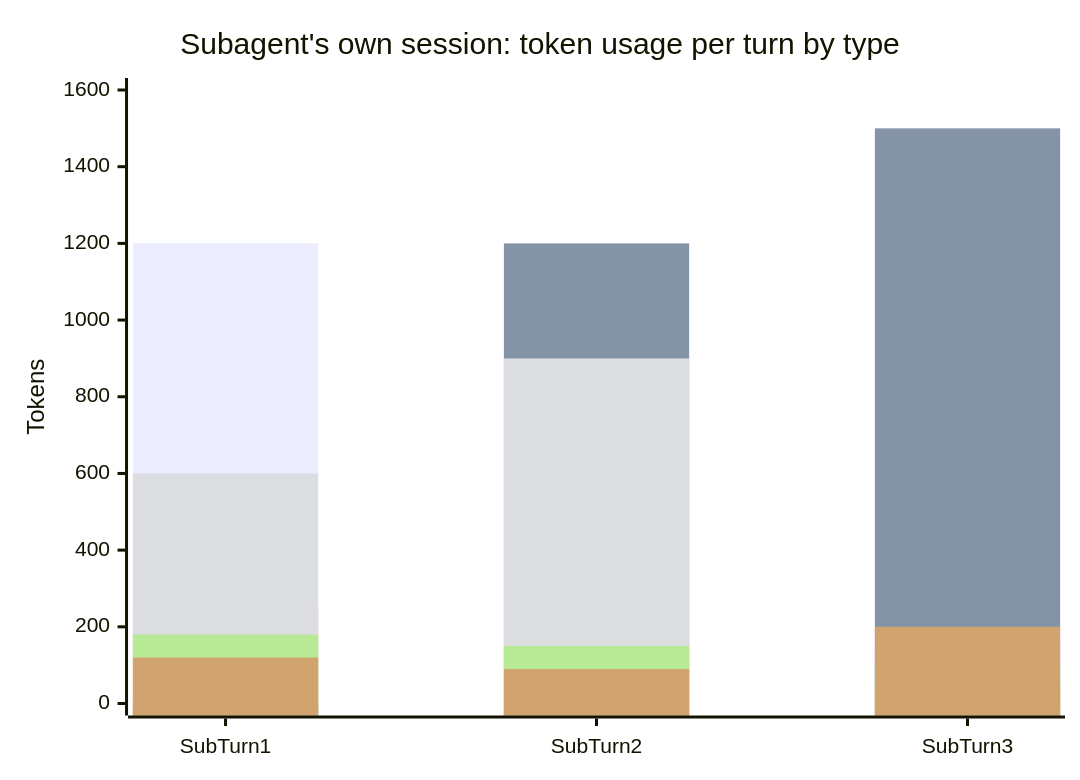
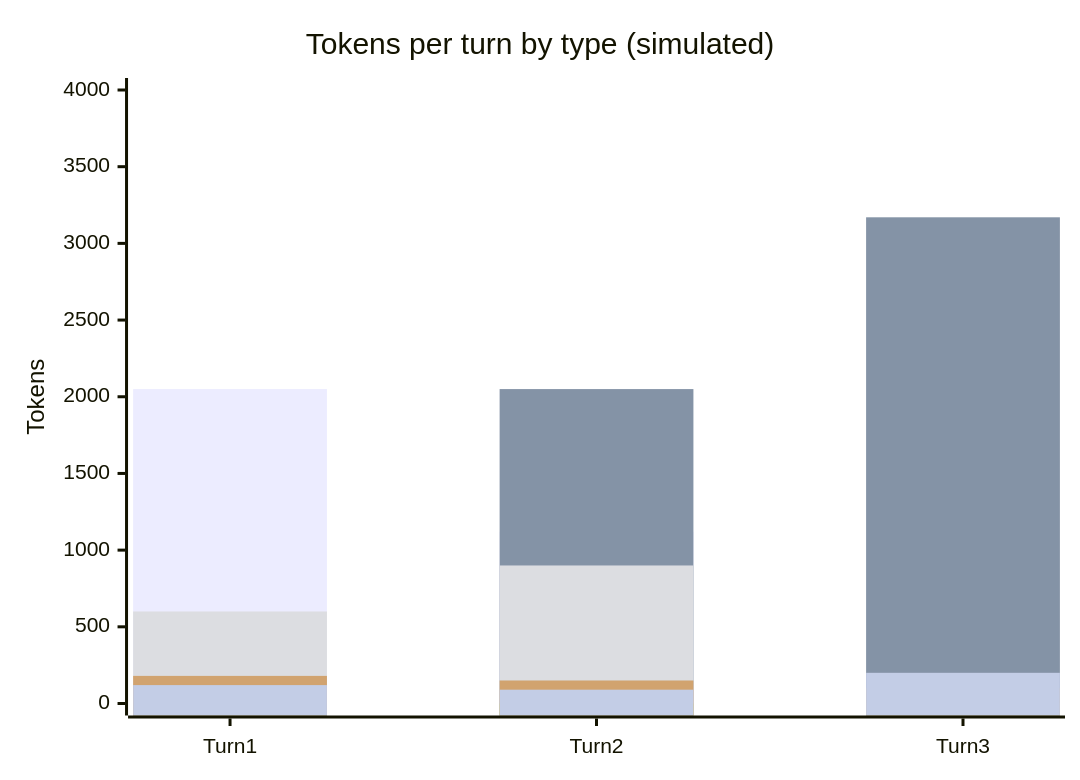
The diagram in docs/scenarios/02-subagent-own-session.md (raulkivi/agent-cost-analyzer), drawn with Mermaid before and after one commit. The commit also changed other lines of this file and 109 other files, not shown here.

````diff
--- a/docs/scenarios/02-subagent-own-session.md
+++ b/docs/scenarios/02-subagent-own-session.md
@@ -27,12 +29,13 @@
 ```mermaid
 xychart-beta
-    title "Subagent's own session: token usage per turn by type"
-    x-axis [SubTurn1, SubTurn2, SubTurn3]
-    y-axis "Tokens" 0 --> 1600
-    bar "Cache write" [1200, 300, 150]
-    bar "Cache read" [0, 1200, 1500]
-    bar "Uncached input" [250, 100, 50]
+    title "Tokens per turn by type (simulated)"
+    x-axis [Turn1, Turn2, Turn3]
+    y-axis "Tokens" 0 --> 4000
+    bar "Cache write" [2050, 1120, 140]
+    bar "Cache read" [0, 2050, 3170]
+    bar "Uncached input" [0, 0, 0]
     bar "Tool" [600, 900, 0]
+    bar "Vision" [0, 0, 0]
     bar "Reasoning" [180, 150, 100]
     bar "Output text" [120, 90, 200]
 ```
````
